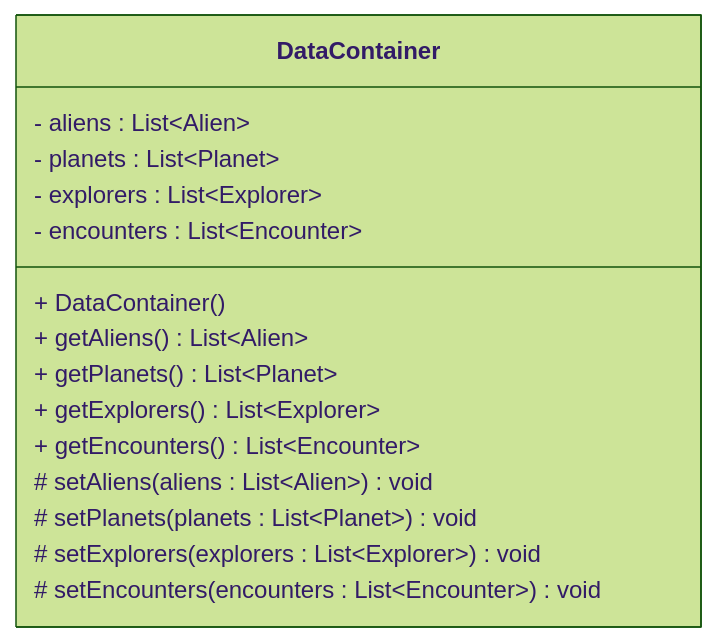
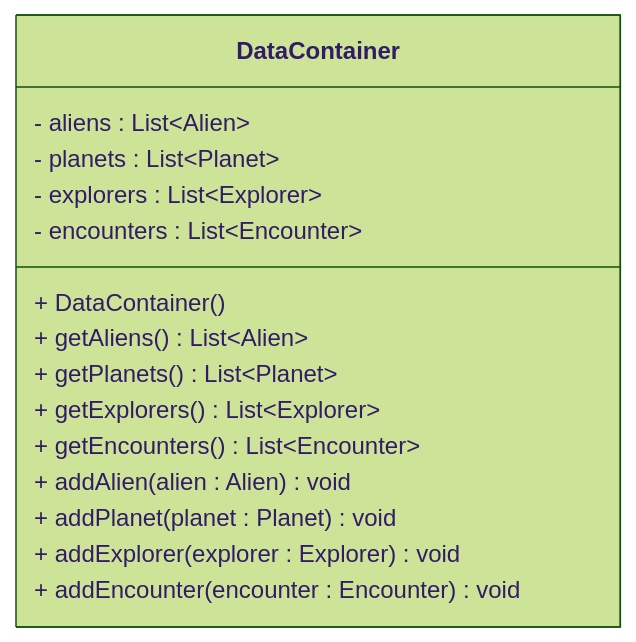
One commit to TroelsMortensen/Codelabs2 changed the diagram in Articles/Session 20 - Application design.md/007 DataContainer.md. Above: the diagram before and after it, drawn with Mermaid (forest theme). The commit also changed other lines of this file and 11 other files, not shown here.

````diff
--- a/Articles/Session 20 - Application design.md/007 DataContainer.md
+++ b/Articles/Session 20 - Application design.md/007 DataContainer.md
@@ -5,18 +5,18 @@
 ```mermaid
 classDiagram
     class DataContainer {
         - aliens : List~Alien~
         - planets : List~Planet~
         - explorers : List~Explorer~
         - encounters : List~Encounter~
         + DataContainer()
         + getAliens() List~Alien~
         + getPlanets() List~Planet~
         + getExplorers() List~Explorer~
         + getEncounters() List~Encounter~
-        # setAliens(aliens : List~Alien~) void
-        # setPlanets(planets : List~Planet~) void
-        # setExplorers(explorers : List~Explorer~) void
-        # setEncounters(encounters : List~Encounter~) void
+        + addAlien(alien : Alien) void
+        + addPlanet(planet : Planet) void
+        + addExplorer(explorer : Explorer) void
+        + addEncounter(encounter : Encounter) void
     }
 ```
````
